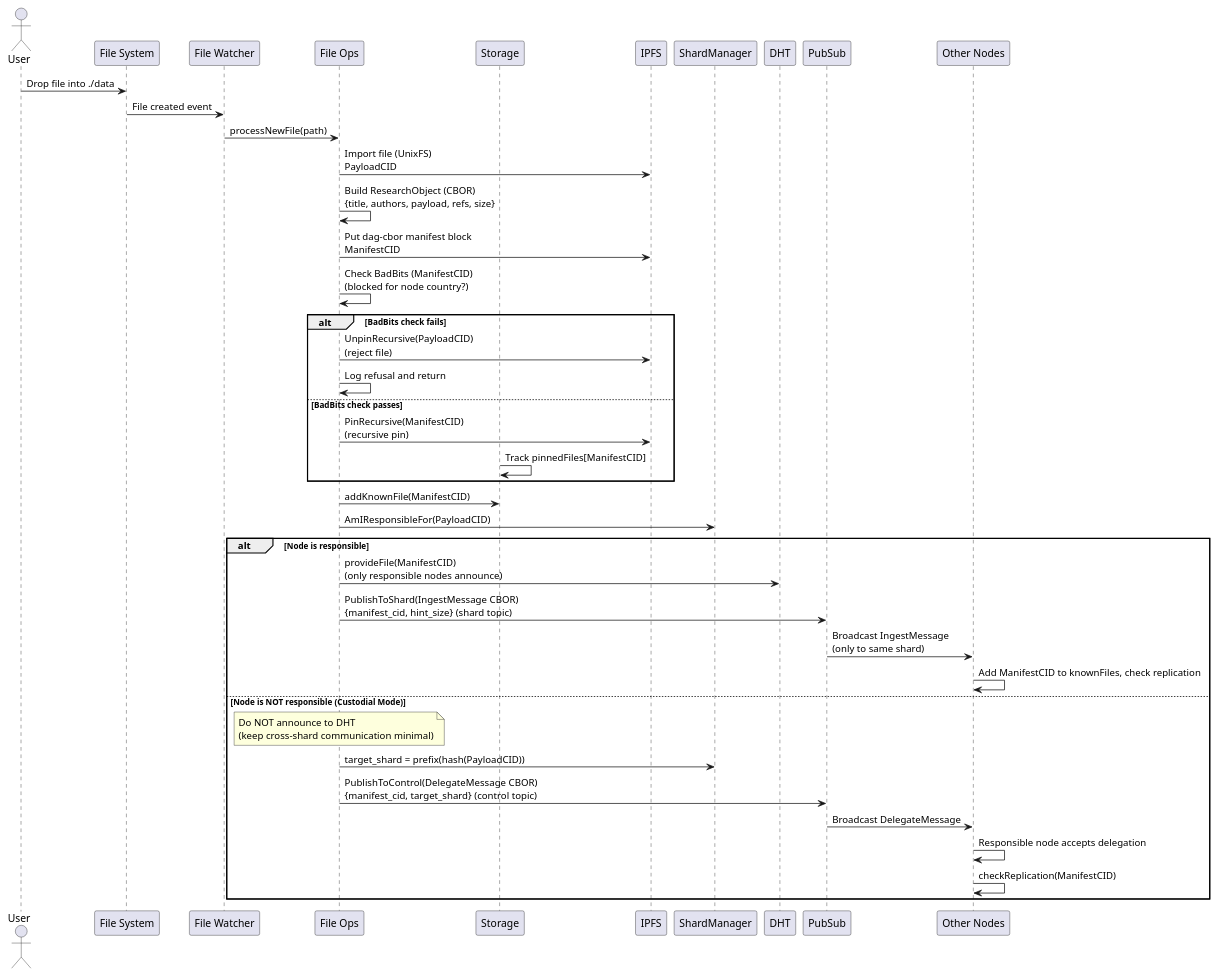
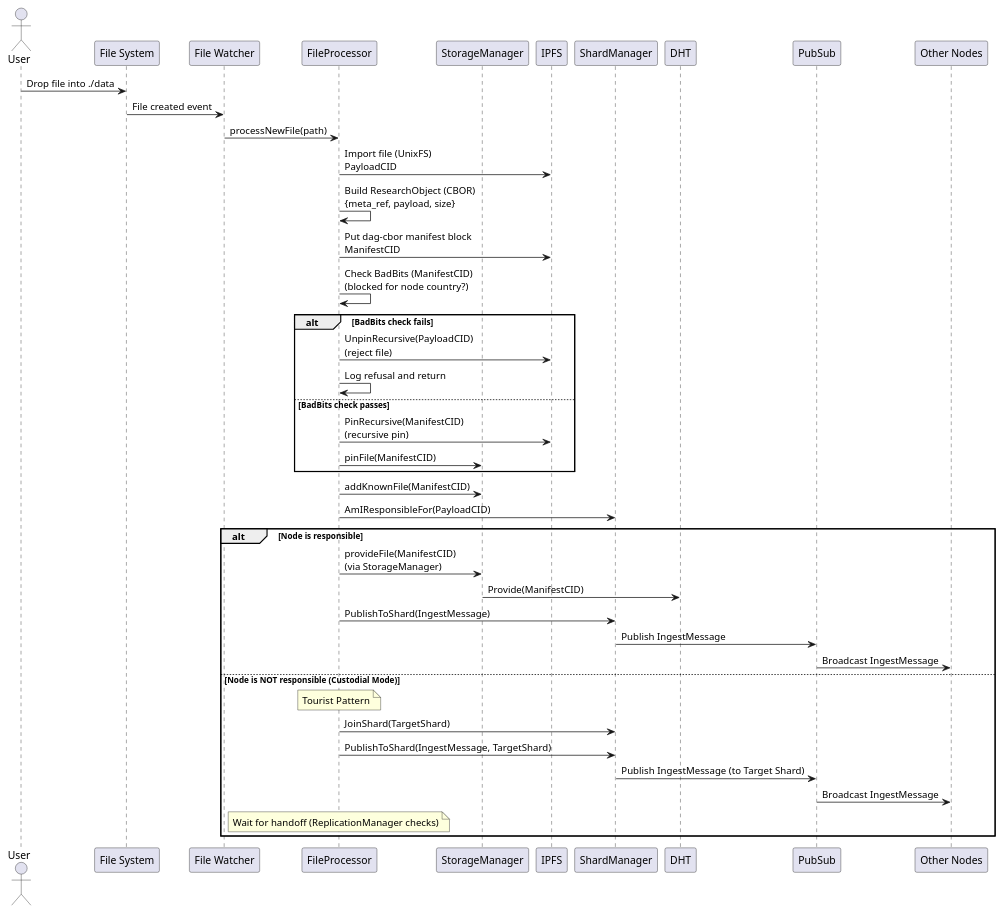
One commit to gipplab/D-LOCKSS changed the diagram in docs/file_ingestion_sequence.puml. Above: the diagram before and after it, drawn with PlantUML. The commit also changed 32 other files, not shown here.

Commit message:
removed main pubsub channel in favor of shard-only communication

```diff
--- a/docs/file_ingestion_sequence.puml
+++ b/docs/file_ingestion_sequence.puml
@@ -1,48 +1,49 @@
 @startuml File Ingestion Sequence
 
 actor User
 participant "File System" as FS
 participant "File Watcher" as Watcher
-participant "File Ops" as FileOps
-participant "Storage" as Storage
+participant "FileProcessor" as FileOps
+participant "StorageManager" as Storage
 participant "IPFS" as IPFS
 participant "ShardManager" as ShardMgr
 participant "DHT" as DHT
 participant "PubSub" as PubSub
 participant "Other Nodes" as Nodes
 
 User -> FS: Drop file into ./data
 FS -> Watcher: File created event
 Watcher -> FileOps: processNewFile(path)
 
 FileOps -> IPFS: Import file (UnixFS)\nPayloadCID
-FileOps -> FileOps: Build ResearchObject (CBOR)\n{title, authors, payload, refs, size}
+FileOps -> FileOps: Build ResearchObject (CBOR)\n{meta_ref, payload, size}
 FileOps -> IPFS: Put dag-cbor manifest block\nManifestCID
 FileOps -> FileOps: Check BadBits (ManifestCID)\n(blocked for node country?)
 alt BadBits check fails
     FileOps -> IPFS: UnpinRecursive(PayloadCID)\n(reject file)
     FileOps -> FileOps: Log refusal and return
 else BadBits check passes
     FileOps -> IPFS: PinRecursive(ManifestCID)\n(recursive pin)
-    Storage -> Storage: Track pinnedFiles[ManifestCID]
+    FileOps -> Storage: pinFile(ManifestCID)
 end
 
 FileOps -> Storage: addKnownFile(ManifestCID)
 
 FileOps -> ShardMgr: AmIResponsibleFor(PayloadCID)
 
 alt Node is responsible
-    FileOps -> DHT: provideFile(ManifestCID)\n(only responsible nodes announce)
-    FileOps -> PubSub: PublishToShard(IngestMessage CBOR)\n{manifest_cid, hint_size} (shard topic)
-    PubSub -> Nodes: Broadcast IngestMessage\n(only to same shard)
-    Nodes -> Nodes: Add ManifestCID to knownFiles, check replication
+    FileOps -> Storage: provideFile(ManifestCID)\n(via StorageManager)
+    Storage -> DHT: Provide(ManifestCID)
+    FileOps -> ShardMgr: PublishToShard(IngestMessage)
+    ShardMgr -> PubSub: Publish IngestMessage
+    PubSub -> Nodes: Broadcast IngestMessage
 else Node is NOT responsible (Custodial Mode)
-    Note over FileOps: Do NOT announce to DHT\n(keep cross-shard communication minimal)
-    FileOps -> ShardMgr: target_shard = prefix(hash(PayloadCID))
-    FileOps -> PubSub: PublishToControl(DelegateMessage CBOR)\n{manifest_cid, target_shard} (control topic)
-    PubSub -> Nodes: Broadcast DelegateMessage
-    Nodes -> Nodes: Responsible node accepts delegation
-    Nodes -> Nodes: checkReplication(ManifestCID)
+    Note over FileOps: Tourist Pattern
+    FileOps -> ShardMgr: JoinShard(TargetShard)
+    FileOps -> ShardMgr: PublishToShard(IngestMessage, TargetShard)
+    ShardMgr -> PubSub: Publish IngestMessage (to Target Shard)
+    PubSub -> Nodes: Broadcast IngestMessage
+    Note over FileOps: Wait for handoff (ReplicationManager checks)
 end
 
 @enduml
```
